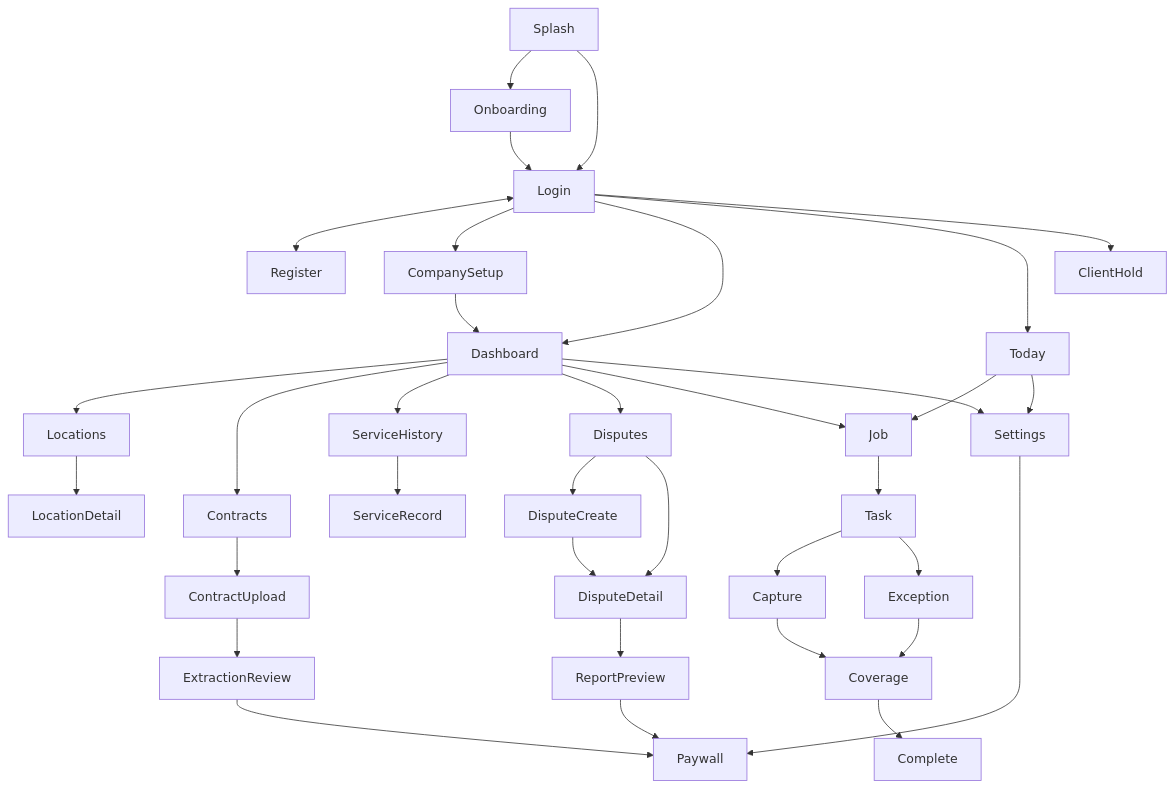
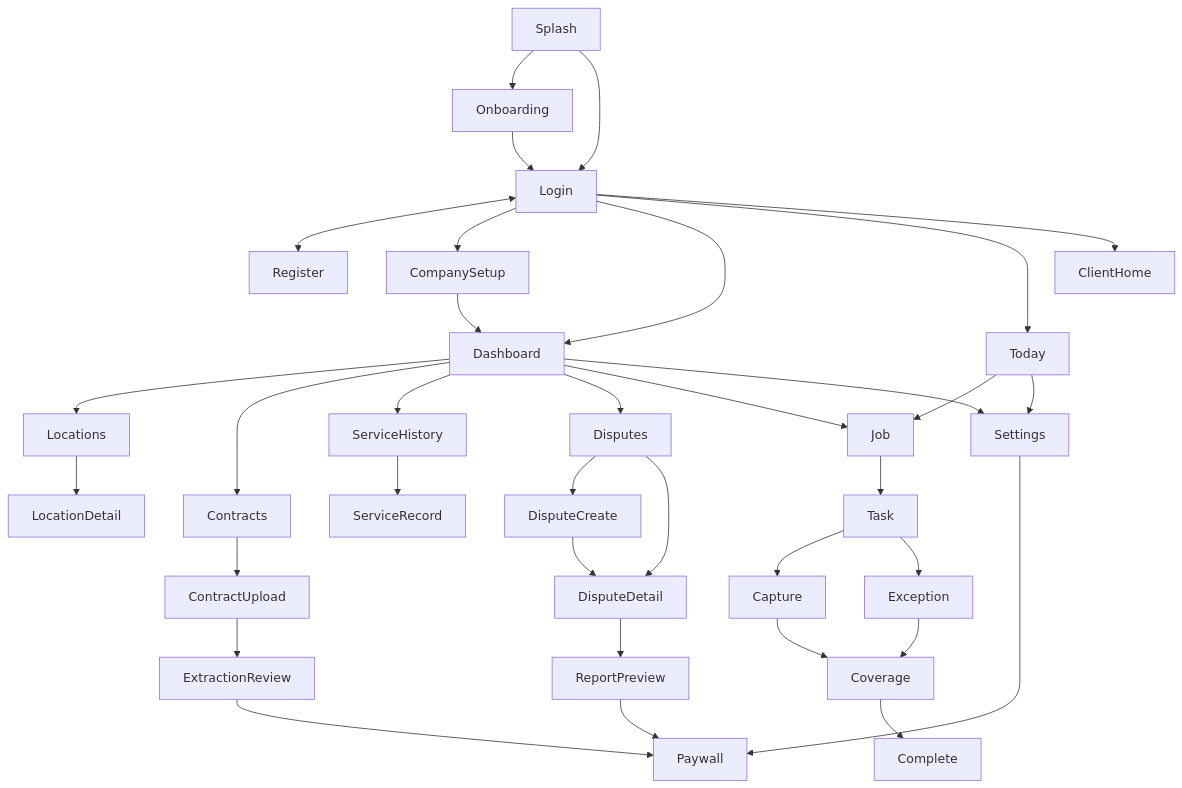
The first of 2 diagrams in docs/architecture/navigation.md (ubturja/ContractProof), drawn with Mermaid before and after one commit. The commit also changed other lines of this file and 454 other files, not shown here.

````diff
--- a/docs/architecture/navigation.md
+++ b/docs/architecture/navigation.md
@@ -80,54 +80,54 @@
 ```mermaid
 flowchart TD
   splash[Splash]
   onboarding[Onboarding]
   login[Login]
   register[Register]
   setup[CompanySetup]
   dashboard[Dashboard]
   today[Today]
-  hold[ClientHold]
+  hold[ClientHome]
   locations[Locations]
   locationDetail[LocationDetail]
   contracts[Contracts]
   upload[ContractUpload]
   review[ExtractionReview]
   history[ServiceHistory]
   record[ServiceRecord]
   disputes[Disputes]
   create[DisputeCreate]
   detail[DisputeDetail]
   report[ReportPreview]
   job[Job]
   task[Task]
   capture[Capture]
   exception[Exception]
   coverage[Coverage]
   complete[Complete]
   settings[Settings]
   paywall[Paywall]
 
   splash --> onboarding --> login
   splash --> login
   login <--> register
   login --> setup --> dashboard
   login --> dashboard
   login --> today
   login --> hold
   dashboard --> locations --> locationDetail
   dashboard --> contracts --> upload --> review
   dashboard --> history --> record
   dashboard --> disputes
   disputes --> create --> detail --> report
   disputes --> detail
   dashboard --> job
   today --> job --> task
   task --> capture --> coverage
   task --> exception --> coverage
   coverage --> complete
   dashboard --> settings
   today --> settings
   settings --> paywall
   report --> paywall
   review --> paywall
 ```
````
